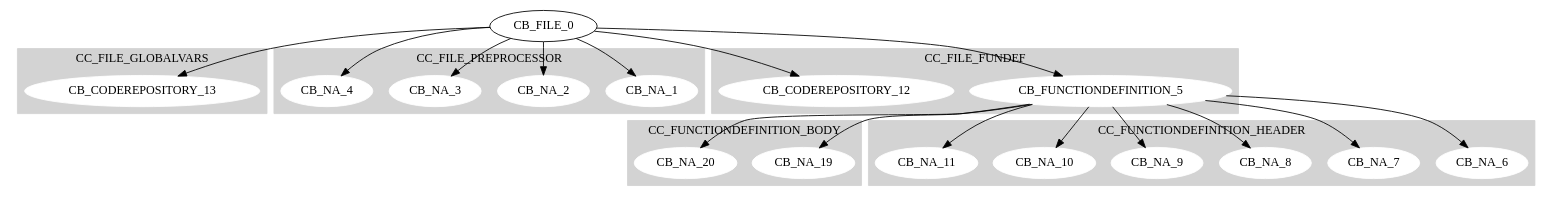
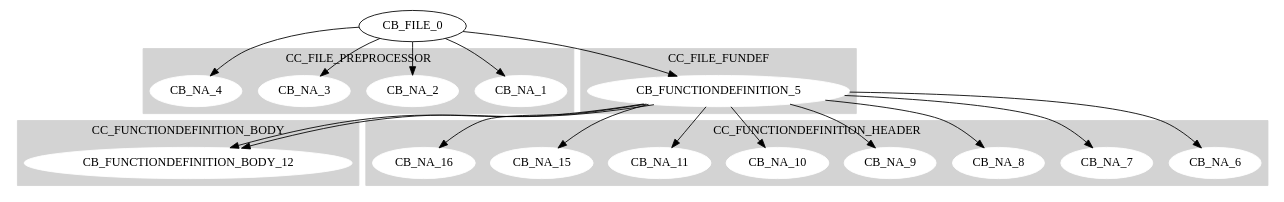
The diagram in C2ASM/TestBench/CodeStructure.dot (vasilismoulas/Compiler-C2ASM), drawn with Graphviz before and after one commit. The commit also changed 30 other files, not shown here.

```diff
--- a/C2ASM/TestBench/CodeStructure.dot
+++ b/C2ASM/TestBench/CodeStructure.dot
@@ -1,52 +1,45 @@
 digraph {
 	subgraph cluster0{
-		node [style=filled,color=white];
-		style=filled;
-		color=lightgrey;
-		CB_CODEREPOSITORY_13;
-		label=CC_FILE_GLOBALVARS;
-	}
-	subgraph cluster1{
 		node [style=filled,color=white];
 		style=filled;
 		color=lightgrey;
 		CB_NA_1;CB_NA_2;CB_NA_3;CB_NA_4;
 		label=CC_FILE_PREPROCESSOR;
 	}
-	subgraph cluster2{
+	subgraph cluster1{
 		node [style=filled,color=white];
 		style=filled;
 		color=lightgrey;
-		CB_FUNCTIONDEFINITION_5;CB_CODEREPOSITORY_12;
+		CB_FUNCTIONDEFINITION_5;
 		label=CC_FILE_FUNDEF;
 	}
 "CB_FILE_0"->"CB_NA_1"
 "CB_FILE_0"->"CB_NA_2"
 "CB_FILE_0"->"CB_NA_3"
 "CB_FILE_0"->"CB_NA_4"
-"CB_FILE_0"->"CB_CODEREPOSITORY_13"
+	subgraph cluster2{
+		node [style=filled,color=white];
+		style=filled;
+		color=lightgrey;
+		CB_FUNCTIONDEFINITION_BODY_12;CB_FUNCTIONDEFINITION_BODY_12;
+		label=CC_FUNCTIONDEFINITION_BODY;
+	}
 	subgraph cluster3{
 		node [style=filled,color=white];
 		style=filled;
 		color=lightgrey;
-		CB_NA_19;CB_NA_20;
-		label=CC_FUNCTIONDEFINITION_BODY;
-	}
-	subgraph cluster4{
-		node [style=filled,color=white];
-		style=filled;
-		color=lightgrey;
-		CB_NA_6;CB_NA_7;CB_NA_8;CB_NA_9;CB_NA_10;CB_NA_11;
+		CB_NA_6;CB_NA_7;CB_NA_8;CB_NA_9;CB_NA_10;CB_NA_11;CB_NA_15;CB_NA_16;
 		label=CC_FUNCTIONDEFINITION_HEADER;
 	}
 "CB_FUNCTIONDEFINITION_5"->"CB_NA_6"
 "CB_FUNCTIONDEFINITION_5"->"CB_NA_7"
 "CB_FUNCTIONDEFINITION_5"->"CB_NA_8"
 "CB_FUNCTIONDEFINITION_5"->"CB_NA_9"
 "CB_FUNCTIONDEFINITION_5"->"CB_NA_10"
 "CB_FUNCTIONDEFINITION_5"->"CB_NA_11"
-"CB_FUNCTIONDEFINITION_5"->"CB_NA_19"
-"CB_FUNCTIONDEFINITION_5"->"CB_NA_20"
+"CB_FUNCTIONDEFINITION_5"->"CB_NA_15"
+"CB_FUNCTIONDEFINITION_5"->"CB_NA_16"
+"CB_FUNCTIONDEFINITION_5"->"CB_FUNCTIONDEFINITION_BODY_12"
+"CB_FUNCTIONDEFINITION_5"->"CB_FUNCTIONDEFINITION_BODY_12"
 "CB_FILE_0"->"CB_FUNCTIONDEFINITION_5"
-"CB_FILE_0"->"CB_CODEREPOSITORY_12"
 }
```
